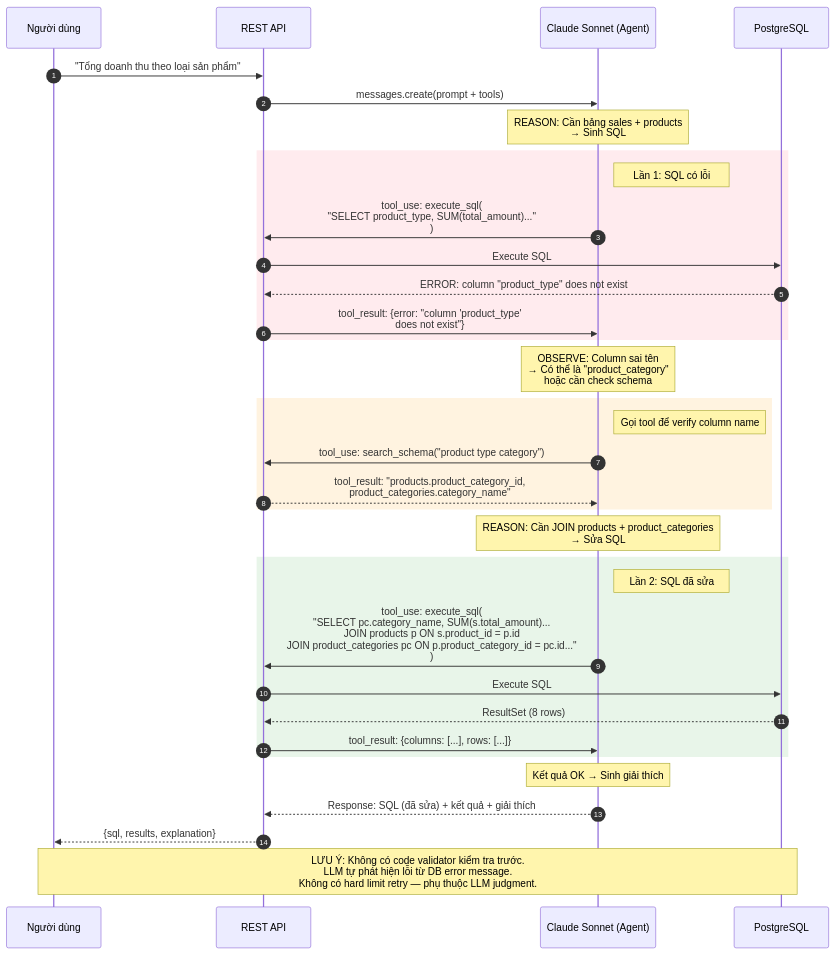
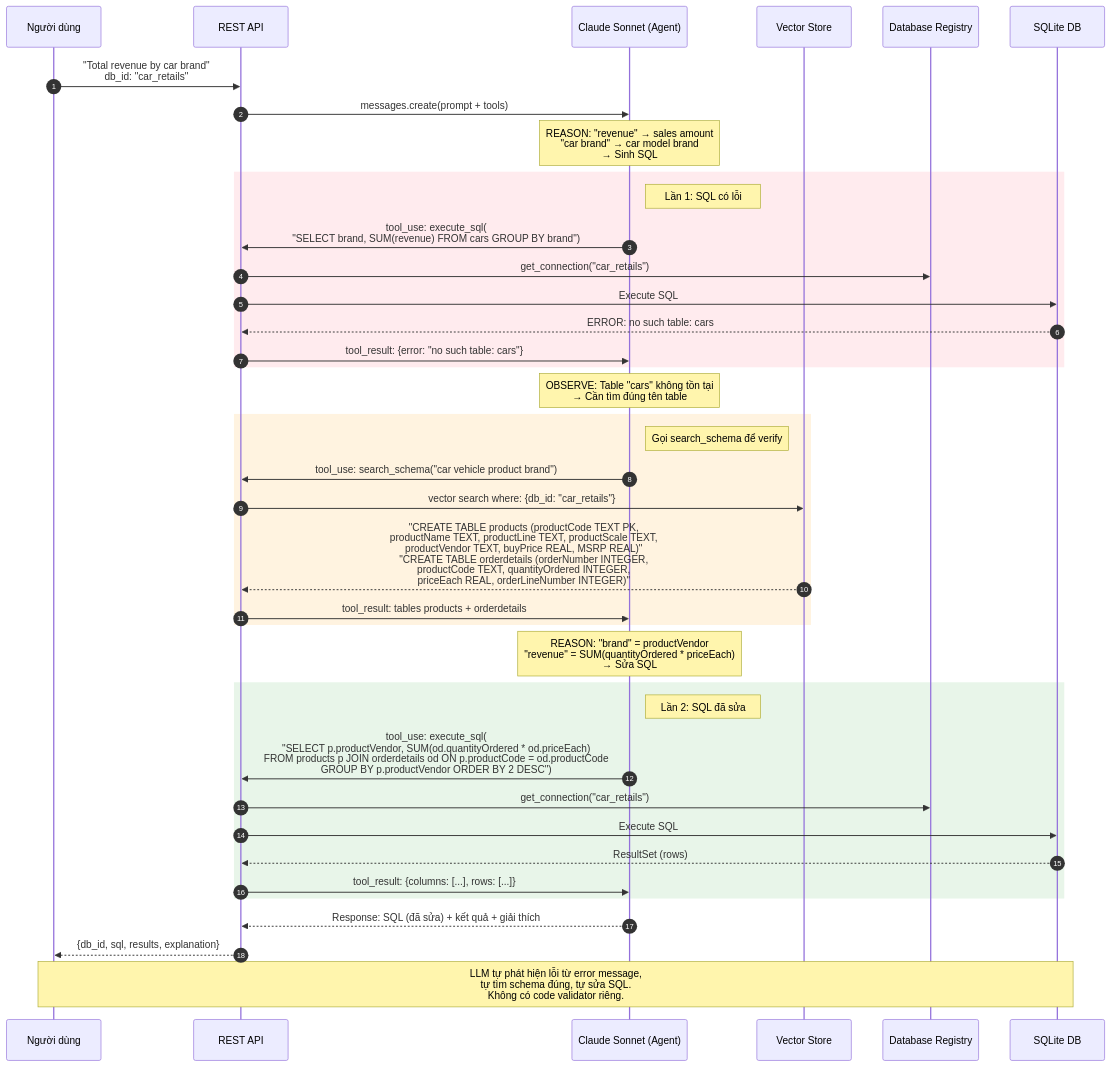
Before and after one commit to Learnheart/Text2SQL: the third of 6 diagrams in docs/03_Technical_Assessment/pattern_2_rag_single_agent/04_sequence_diagrams.md, drawn with Mermaid. The commit also changed other lines of this file and 3 other files, not shown here.

First line of the commit message:
rewrite architecture docs — BIRD multi-database + SQLite evaluation

````diff
--- a/docs/03_Technical_Assessment/pattern_2_rag_single_agent/04_sequence_diagrams.md
+++ b/docs/03_Technical_Assessment/pattern_2_rag_single_agent/04_sequence_diagrams.md
@@ -117,46 +115,50 @@
 ```mermaid
 sequenceDiagram
     autonumber
     participant User as Người dùng
     participant API as REST API
     participant Claude as Claude Sonnet (Agent)
-    participant PG as PostgreSQL
+    participant VS as Vector Store
+    participant DR as Database Registry
+    participant SQLite as SQLite DB
 
-    User->>API: "Tổng doanh thu theo loại sản phẩm"
+    User->>API: "Total revenue by car brand"<br/>db_id: "car_retails"
     API->>Claude: messages.create(prompt + tools)
 
-    Note over Claude: REASON: Cần bảng sales + products<br/>→ Sinh SQL
+    Note over Claude: REASON: "revenue" → sales amount<br/>"car brand" → car model brand<br/>→ Sinh SQL
 
     rect rgb(255, 235, 238)
         Note right of Claude: Lần 1: SQL có lỗi
-        Claude->>API: tool_use: execute_sql(<br/>"SELECT product_type, SUM(total_amount)..."<br/>)
-        API->>PG: Execute SQL
-        PG-->>API: ERROR: column "product_type" does not exist
-        API->>Claude: tool_result: {error: "column 'product_type'<br/>does not exist"}
+        Claude->>API: tool_use: execute_sql(<br/>"SELECT brand, SUM(revenue) FROM cars GROUP BY brand")
+        API->>DR: get_connection("car_retails")
+        API->>SQLite: Execute SQL
+        SQLite-->>API: ERROR: no such table: cars
+        API->>Claude: tool_result: {error: "no such table: cars"}
     end
 
-    Note over Claude: OBSERVE: Column sai tên<br/>→ Có thể là "product_category"<br/>hoặc cần check schema
+    Note over Claude: OBSERVE: Table "cars" không tồn tại<br/>→ Cần tìm đúng tên table
 
     rect rgb(255, 243, 224)
-        Note right of Claude: Gọi tool để verify column name
-        Claude->>API: tool_use: search_schema("product type category")
-        API-->>Claude: tool_result: "products.product_category_id,<br/>product_categories.category_name"
+        Note right of Claude: Gọi search_schema để verify
+        Claude->>API: tool_use: search_schema("car vehicle product brand")
+        API->>VS: vector search where: {db_id: "car_retails"}
+        VS-->>API: "CREATE TABLE products (productCode TEXT PK,<br/>productName TEXT, productLine TEXT, productScale TEXT,<br/>productVendor TEXT, buyPrice REAL, MSRP REAL)"<br/>"CREATE TABLE orderdetails (orderNumber INTEGER,<br/>productCode TEXT, quantityOrdered INTEGER,<br/>priceEach REAL, orderLineNumber INTEGER)"
+        API->>Claude: tool_result: tables products + orderdetails
     end
 
-    Note over Claude: REASON: Cần JOIN products + product_categories<br/>→ Sửa SQL
+    Note over Claude: REASON: "brand" = productVendor<br/>"revenue" = SUM(quantityOrdered * priceEach)<br/>→ Sửa SQL
 
     rect rgb(232, 245, 233)
         Note right of Claude: Lần 2: SQL đã sửa
-        Claude->>API: tool_use: execute_sql(<br/>"SELECT pc.category_name, SUM(s.total_amount)...<br/>JOIN products p ON s.product_id = p.id<br/>JOIN product_categories pc ON p.product_category_id = pc.id..."<br/>)
-        API->>PG: Execute SQL
-        PG-->>API: ResultSet (8 rows)
+        Claude->>API: tool_use: execute_sql(<br/>"SELECT p.productVendor, SUM(od.quantityOrdered * od.priceEach)<br/>FROM products p JOIN orderdetails od ON p.productCode = od.productCode<br/>GROUP BY p.productVendor ORDER BY 2 DESC")
+        API->>DR: get_connection("car_retails")
+        API->>SQLite: Execute SQL
+        SQLite-->>API: ResultSet (rows)
         API->>Claude: tool_result: {columns: [...], rows: [...]}
     end
 
-    Note over Claude: Kết quả OK → Sinh giải thích
+    Claude-->>API: Response: SQL (đã sửa) + kết quả + giải thích
+    API-->>User: {db_id, sql, results, explanation}
 
-    Claude-->>API: Response: SQL (đã sửa) + kết quả + giải thích
-    API-->>User: {sql, results, explanation}
-
-    Note over User, PG: LƯU Ý: Không có code validator kiểm tra trước.<br/>LLM tự phát hiện lỗi từ DB error message.<br/>Không có hard limit retry — phụ thuộc LLM judgment.
+    Note over User, SQLite: LLM tự phát hiện lỗi từ error message,<br/>tự tìm schema đúng, tự sửa SQL.<br/>Không có code validator riêng.
 ```
````
